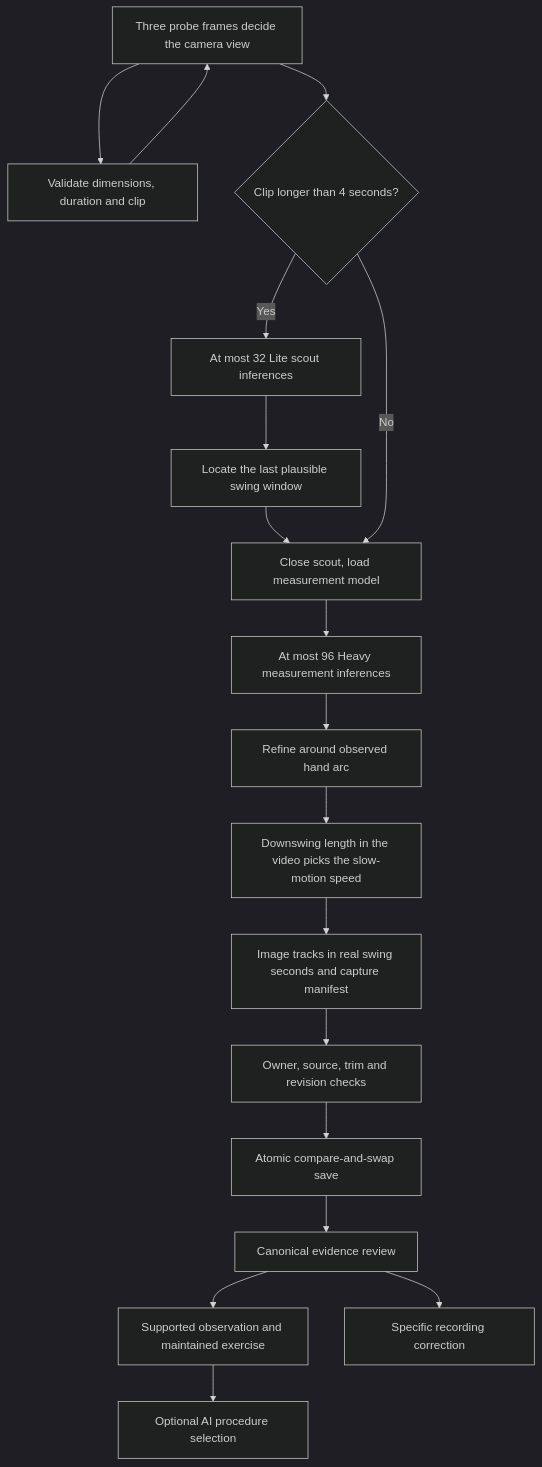
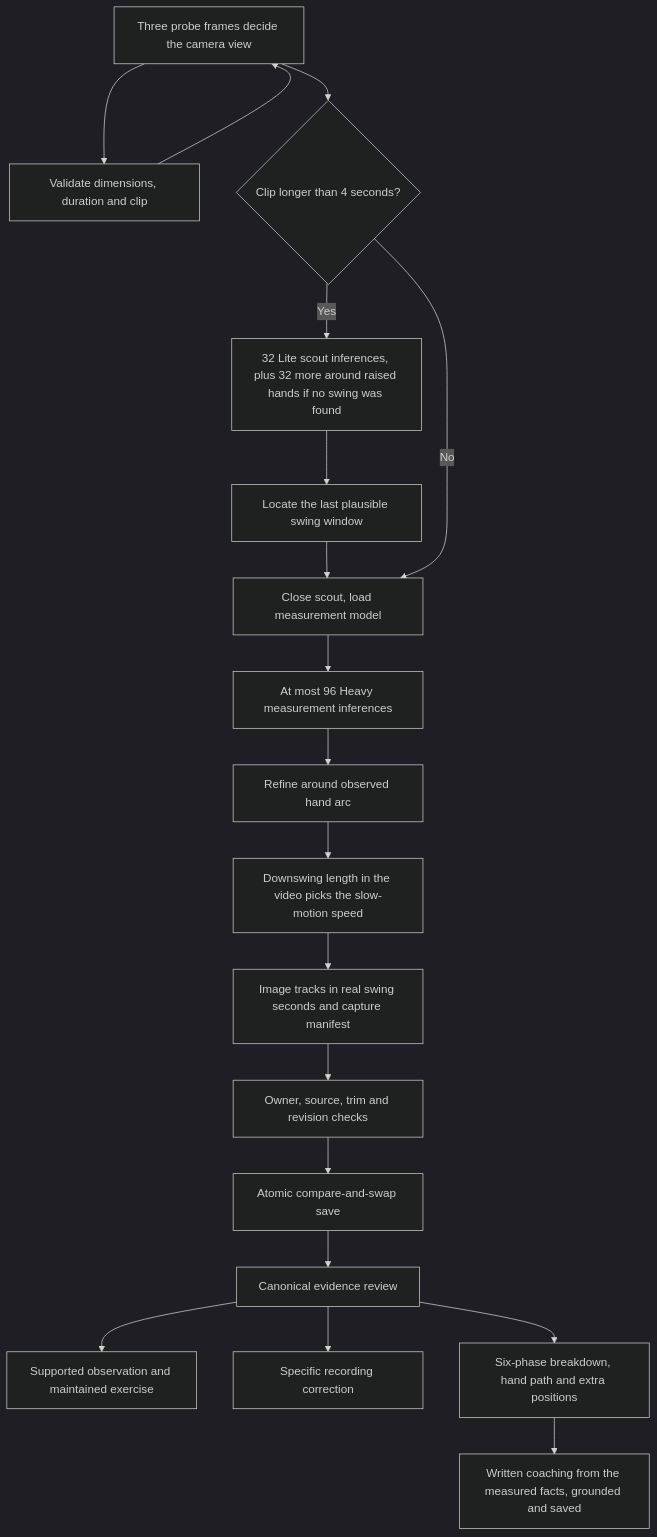
Before and after one commit to jaewonshim0000-ai/golf-ai-coach: the first of 2 diagrams in docs/swing-architecture.md, drawn with Mermaid (dark theme). The commit also changed other lines of this file and 20 other files, not shown here.

````diff
--- a/docs/swing-architecture.md
+++ b/docs/swing-architecture.md
@@ -9,20 +9,21 @@
 ```mermaid
 flowchart TD
   V[Private original video] --> P[Validate dimensions, duration and clip]
   P --> V[Three probe frames decide the camera view]
   V --> S{Clip longer than 4 seconds?}
-  S -->|Yes| L[At most 32 Lite scout inferences]
+  S -->|Yes| L[32 Lite scout inferences, plus 32 more around raised hands if no swing was found]
   L --> W[Locate the last plausible swing window]
   W --> H[Close scout, load measurement model]
   S -->|No| H
   H --> M[At most 96 Heavy measurement inferences]
   M --> R[Refine around observed hand arc]
   R --> X[Downswing length in the video picks the slow-motion speed]
   X --> T[Image tracks in real swing seconds and capture manifest]
   T --> C[Owner, source, trim and revision checks]
   C --> D[Atomic compare-and-swap save]
   D --> E[Canonical evidence review]
   E --> O[Supported observation and maintained exercise]
   E --> A[Specific recording correction]
-  O --> I[Optional AI procedure selection]
+  E --> B[Six-phase breakdown, hand path and extra positions]
+  B --> I[Written coaching from the measured facts, grounded and saved]
 ```
````
